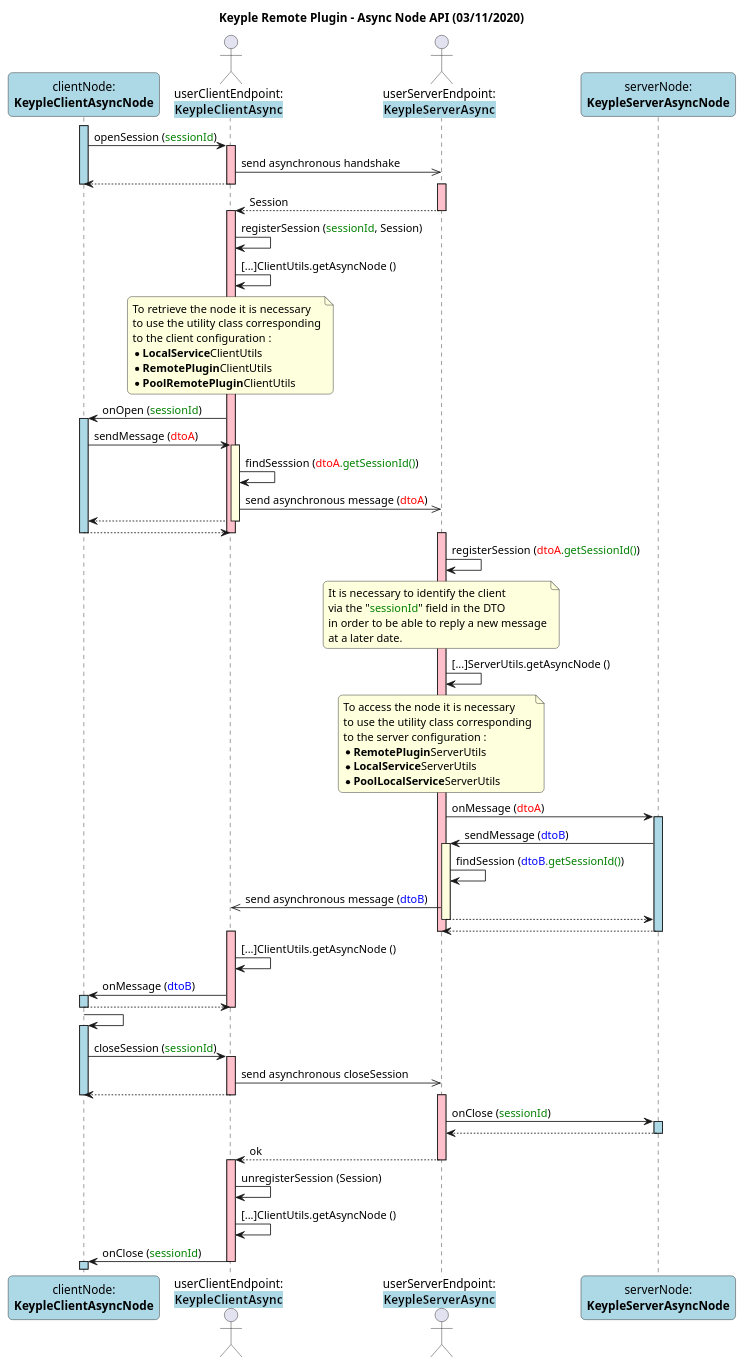
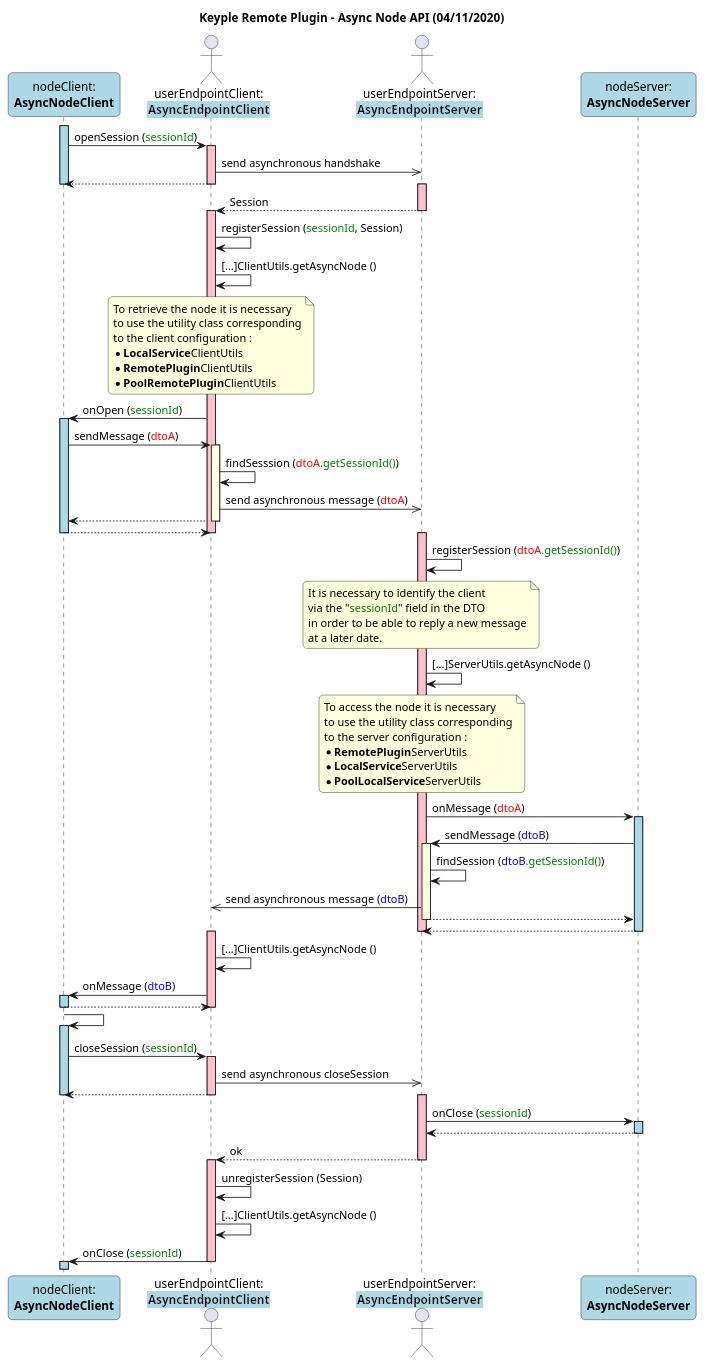
The diagram in media/remote-plugin/sequence/Remote_Sequence_AsyncNode_API.puml (yvonneyam/keyple-website), drawn with PlantUML before and after one commit. The commit also changed 14 other files, not shown here.

```diff
--- a/media/remote-plugin/sequence/Remote_Sequence_AsyncNode_API.puml
+++ b/media/remote-plugin/sequence/Remote_Sequence_AsyncNode_API.puml
@@ -1,107 +1,107 @@
 @startuml
 
 title
-    Keyple Remote Plugin - Async Node API (03/11/2020)
+    Keyple Remote Plugin - Async Node API (04/11/2020)
 end title
 
 ' == THEME ==
 
 skinparam Shadowing false
 skinparam RoundCorner 10
 
 ' == CONTENT ==
 
-participant "clientNode:\n**KeypleClientAsyncNode**" as clientNode #LightBlue
-actor "userClientEndpoint:\n**<back:LightBlue>KeypleClientAsync**" as userClientEndpoint
+participant "nodeClient:\n**AsyncNodeClient**" as nodeClient #LightBlue
+actor "userEndpointClient:\n**<back:LightBlue>AsyncEndpointClient**" as userEndpointClient
 
-actor "userServerEndpoint:\n**<back:LightBlue>KeypleServerAsync**" as userServerEndpoint
-participant "serverNode:\n**KeypleServerAsyncNode**" as serverNode #LightBlue
+actor "userEndpointServer:\n**<back:LightBlue>AsyncEndpointServer**" as userEndpointServer
+participant "nodeServer:\n**AsyncNodeServer**" as nodeServer #LightBlue
 
-activate clientNode #LightBlue
-clientNode -> userClientEndpoint : openSession (<color:green>sessionId</color>)
-activate userClientEndpoint #Pink
-userClientEndpoint ->> userServerEndpoint : send asynchronous handshake
+activate nodeClient #LightBlue
+nodeClient -> userEndpointClient : openSession (<color:green>sessionId</color>)
+activate userEndpointClient #Pink
+userEndpointClient ->> userEndpointServer : send asynchronous handshake
 return
-deactivate clientNode
+deactivate nodeClient
 
-activate userServerEndpoint #Pink
-userServerEndpoint --> userClientEndpoint : Session
-deactivate userServerEndpoint
-activate userClientEndpoint #Pink
-userClientEndpoint -> userClientEndpoint : registerSession (<color:green>sessionId</color>, Session)
-userClientEndpoint -> userClientEndpoint : [...]ClientUtils.getAsyncNode ()
-note over userClientEndpoint
+activate userEndpointServer #Pink
+userEndpointServer --> userEndpointClient : Session
+deactivate userEndpointServer
+activate userEndpointClient #Pink
+userEndpointClient -> userEndpointClient : registerSession (<color:green>sessionId</color>, Session)
+userEndpointClient -> userEndpointClient : [...]ClientUtils.getAsyncNode ()
+note over userEndpointClient
     To retrieve the node it is necessary
     to use the utility class corresponding
     to the client configuration :
     * **LocalService**ClientUtils
     * **RemotePlugin**ClientUtils
     * **PoolRemotePlugin**ClientUtils
 end note
-userClientEndpoint -> clientNode : onOpen (<color:green>sessionId</color>)
-activate clientNode #LightBlue
-clientNode -> userClientEndpoint : sendMessage (<color:red>dtoA</color>)
-activate userClientEndpoint #LightYellow
-userClientEndpoint -> userClientEndpoint : findSesssion (<color:red>dtoA</color><color:green>.getSessionId()</color>)
-userClientEndpoint ->> userServerEndpoint : send asynchronous message (<color:red>dtoA</color>)
+userEndpointClient -> nodeClient : onOpen (<color:green>sessionId</color>)
+activate nodeClient #LightBlue
+nodeClient -> userEndpointClient : sendMessage (<color:red>dtoA</color>)
+activate userEndpointClient #LightYellow
+userEndpointClient -> userEndpointClient : findSesssion (<color:red>dtoA</color><color:green>.getSessionId()</color>)
+userEndpointClient ->> userEndpointServer : send asynchronous message (<color:red>dtoA</color>)
 return
 return
-deactivate userClientEndpoint
+deactivate userEndpointClient
 
-activate userServerEndpoint #Pink
-userServerEndpoint -> userServerEndpoint : registerSession (<color:red>dtoA</color><color:green>.getSessionId()</color>)
-note over userServerEndpoint
+activate userEndpointServer #Pink
+userEndpointServer -> userEndpointServer : registerSession (<color:red>dtoA</color><color:green>.getSessionId()</color>)
+note over userEndpointServer
     It is necessary to identify the client
     via the "<color:green>sessionId</color>" field in the DTO
     in order to be able to reply a new message
     at a later date.
 end note
-userServerEndpoint -> userServerEndpoint : [...]ServerUtils.getAsyncNode ()
-note over userServerEndpoint
+userEndpointServer -> userEndpointServer : [...]ServerUtils.getAsyncNode ()
+note over userEndpointServer
     To access the node it is necessary
     to use the utility class corresponding
     to the server configuration :
     * **RemotePlugin**ServerUtils
     * **LocalService**ServerUtils
     * **PoolLocalService**ServerUtils
 end note
-userServerEndpoint -> serverNode : onMessage (<color:red>dtoA</color>)
-activate serverNode #LightBlue
-serverNode -> userServerEndpoint : sendMessage (<color:blue>dtoB</color>)
-activate userServerEndpoint #LightYellow
-userServerEndpoint -> userServerEndpoint : findSession (<color:blue>dtoB</color><color:green>.getSessionId()</color>)
-userServerEndpoint ->> userClientEndpoint : send asynchronous message (<color:blue>dtoB</color>)
+userEndpointServer -> nodeServer : onMessage (<color:red>dtoA</color>)
+activate nodeServer #LightBlue
+nodeServer -> userEndpointServer : sendMessage (<color:blue>dtoB</color>)
+activate userEndpointServer #LightYellow
+userEndpointServer -> userEndpointServer : findSession (<color:blue>dtoB</color><color:green>.getSessionId()</color>)
+userEndpointServer ->> userEndpointClient : send asynchronous message (<color:blue>dtoB</color>)
 return
 return
-deactivate userServerEndpoint
+deactivate userEndpointServer
 
-activate userClientEndpoint #Pink
-userClientEndpoint -> userClientEndpoint : [...]ClientUtils.getAsyncNode ()
-userClientEndpoint -> clientNode : onMessage (<color:blue>dtoB</color>)
-activate clientNode #LightBlue
+activate userEndpointClient #Pink
+userEndpointClient -> userEndpointClient : [...]ClientUtils.getAsyncNode ()
+userEndpointClient -> nodeClient : onMessage (<color:blue>dtoB</color>)
+activate nodeClient #LightBlue
 return
-deactivate userClientEndpoint
+deactivate userEndpointClient
 
-clientNode -> clientNode
-activate clientNode #LightBlue
+nodeClient -> nodeClient
+activate nodeClient #LightBlue
 
-clientNode -> userClientEndpoint : closeSession (<color:green>sessionId</color>)
-activate userClientEndpoint #Pink
-userClientEndpoint ->> userServerEndpoint : send asynchronous closeSession
+nodeClient -> userEndpointClient : closeSession (<color:green>sessionId</color>)
+activate userEndpointClient #Pink
+userEndpointClient ->> userEndpointServer : send asynchronous closeSession
 return
-deactivate clientNode
+deactivate nodeClient
 
-activate userServerEndpoint #Pink
-userServerEndpoint -> serverNode : onClose (<color:green>sessionId</color>)
-activate serverNode #LightBlue
+activate userEndpointServer #Pink
+userEndpointServer -> nodeServer : onClose (<color:green>sessionId</color>)
+activate nodeServer #LightBlue
 return
-userServerEndpoint --> userClientEndpoint : ok
-deactivate userServerEndpoint
-activate userClientEndpoint #Pink
-userClientEndpoint -> userClientEndpoint : unregisterSession (Session)
-userClientEndpoint -> userClientEndpoint : [...]ClientUtils.getAsyncNode ()
-userClientEndpoint -> clientNode : onClose (<color:green>sessionId</color>)
-deactivate userClientEndpoint
-activate clientNode #LightBlue
+userEndpointServer --> userEndpointClient : ok
+deactivate userEndpointServer
+activate userEndpointClient #Pink
+userEndpointClient -> userEndpointClient : unregisterSession (Session)
+userEndpointClient -> userEndpointClient : [...]ClientUtils.getAsyncNode ()
+userEndpointClient -> nodeClient : onClose (<color:green>sessionId</color>)
+deactivate userEndpointClient
+activate nodeClient #LightBlue
 
 @enduml
```
